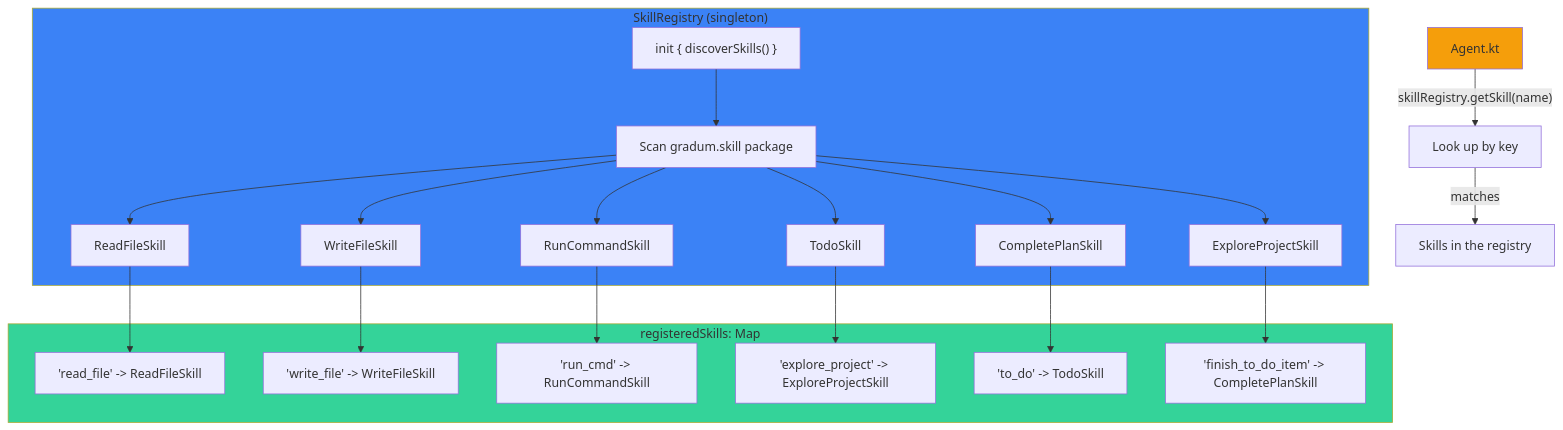
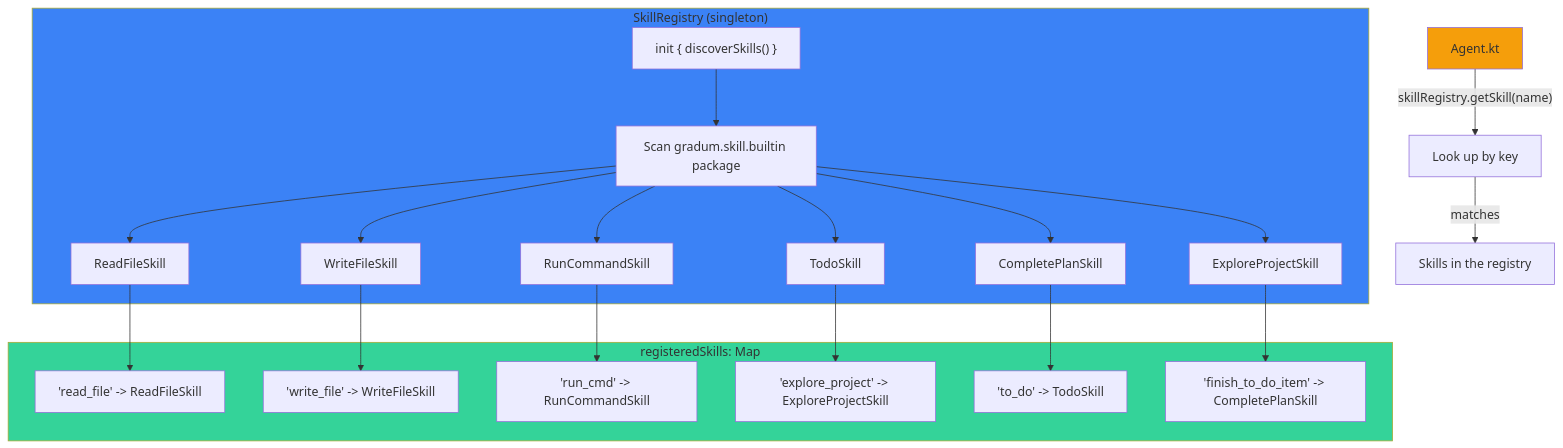
The first of 4 diagrams in docs/PLUGIN_DEVELOPMENT.md (lg841226/Gradum), drawn with Mermaid before and after one commit. The commit also changed other lines of this file and 1 other file, not shown here.

````diff
--- a/docs/PLUGIN_DEVELOPMENT.md
+++ b/docs/PLUGIN_DEVELOPMENT.md
@@ -40,34 +49,34 @@
 ```mermaid
 flowchart TD
     subgraph Registry["SkillRegistry (singleton)"]
         Init["init { discoverSkills() }"]
-        Init --> SCAN["Scan gradum.skill package"]
+        Init --> SCAN["Scan gradum.skill.builtin package"]
         SCAN --> R1["ReadFileSkill"]
         SCAN --> R2["WriteFileSkill"]
         SCAN --> R3["RunCommandSkill"]
         SCAN --> R4["TodoSkill"]
         SCAN --> R5["CompletePlanSkill"]
         SCAN --> R6["ExploreProjectSkill"]
     end
 
     subgraph Map["registeredSkills: Map<String, Skill>"]
         Key1["'read_file' -> ReadFileSkill"]
         Key2["'write_file' -> WriteFileSkill"]
         Key3["'run_cmd' -> RunCommandSkill"]
         Key4["'explore_project' -> ExploreProjectSkill"]
         Key5["'to_do' -> TodoSkill"]
         Key6["'finish_to_do_item' -> CompletePlanSkill"]
     end
 
     R1 --> Key1
     R2 --> Key2
     R3 --> Key3
     R4 --> Key4
     R5 --> Key5
     R6 --> Key6
     Agent[Agent.kt] -->|" skillRegistry.getSkill(name) "| SkillLook[Look up by key]
     SkillLook -->|matches| Skills[Skills in the registry]
     style Registry fill: #3b82f6
     style Map fill: #34d399
     style Agent fill: #f59e0b
 ```
````
